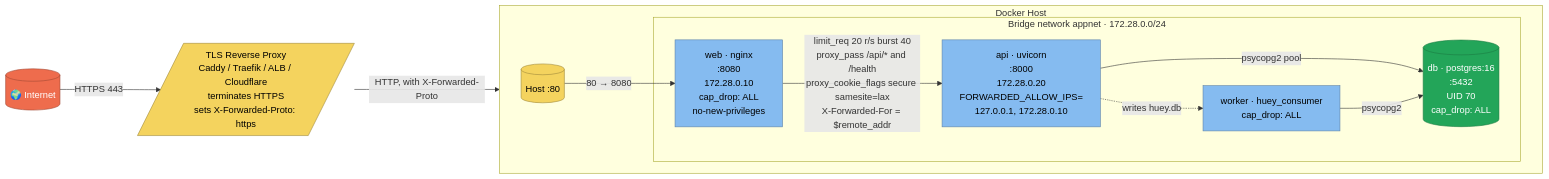
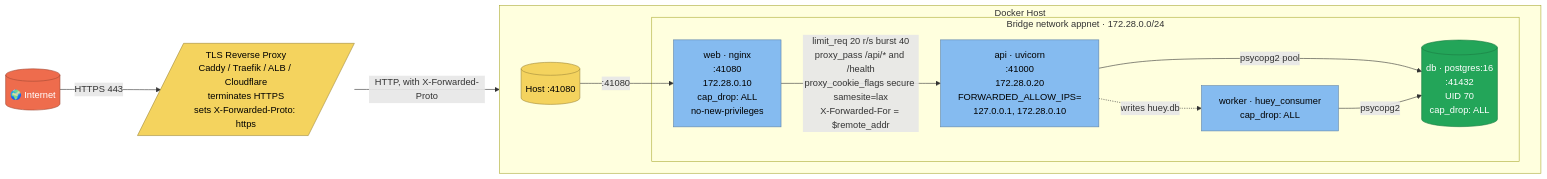
One commit to TMRP-NTNU-2026-SQL-Group-3/TMRP-Tutor-Matching-and-Rating-Platform- changed the fifth of 10 diagrams in docs/architecture.md. Above: the diagram before and after it, drawn with Mermaid. The commit also changed other lines of this file and 31 other files, not shown here.

````diff
--- a/docs/architecture.md
+++ b/docs/architecture.md
@@ -378,29 +382,29 @@
 ```mermaid
 graph LR
     classDef public fill:#ee6c4d,stroke:#a14a35,color:#fff
     classDef edge fill:#f4d35e,stroke:#a08a3c,color:#000
     classDef internal fill:#85bbf0,stroke:#5d82a8,color:#000
     classDef store fill:#23a559,stroke:#1a7c43,color:#fff
 
     Internet[("🌍 Internet")]:::public
     TLS[/"TLS Reverse Proxy<br/>Caddy / Traefik / ALB / Cloudflare<br/>terminates HTTPS<br/>sets X-Forwarded-Proto: https"/]:::edge
 
     subgraph Host["Docker Host"]
         direction LR
-        HostPort[("Host :80")]:::edge
+        HostPort[("Host :41080")]:::edge
         subgraph Net["Bridge network appnet · 172.28.0.0/24"]
-            Web2["web · nginx<br/>:8080<br/>172.28.0.10<br/>cap_drop: ALL<br/>no-new-privileges"]:::internal
-            Api2["api · uvicorn<br/>:8000<br/>172.28.0.20<br/>FORWARDED_ALLOW_IPS=<br/>127.0.0.1, 172.28.0.10"]:::internal
+            Web2["web · nginx<br/>:41080<br/>172.28.0.10<br/>cap_drop: ALL<br/>no-new-privileges"]:::internal
+            Api2["api · uvicorn<br/>:41000<br/>172.28.0.20<br/>FORWARDED_ALLOW_IPS=<br/>127.0.0.1, 172.28.0.10"]:::internal
             Worker2["worker · huey_consumer<br/>cap_drop: ALL"]:::internal
-            Db2[("db · postgres:16<br/>:5432<br/>UID 70<br/>cap_drop: ALL")]:::store
+            Db2[("db · postgres:16<br/>:41432<br/>UID 70<br/>cap_drop: ALL")]:::store
         end
     end
 
     Internet -->|HTTPS 443| TLS
     TLS -->|HTTP, with X-Forwarded-Proto| HostPort
-    HostPort -->|"80 → 8080"| Web2
+    HostPort -->|":41080"| Web2
     Web2 -->|"limit_req 20 r/s burst 40<br/>proxy_pass /api/* and /health<br/>proxy_cookie_flags secure samesite=lax<br/>X-Forwarded-For = $remote_addr"| Api2
     Api2 -->|"psycopg2 pool"| Db2
     Worker2 -->|"psycopg2"| Db2
     Api2 -.->|"writes huey.db"| Worker2
 ```
````
